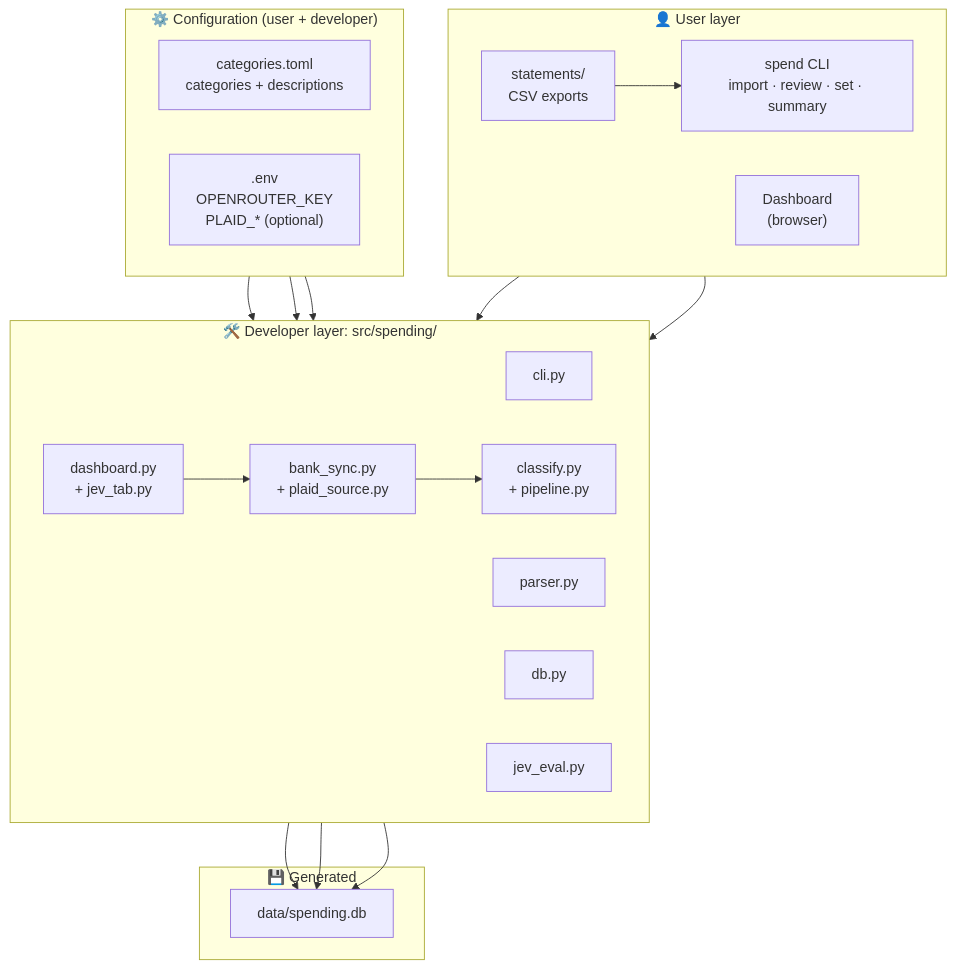
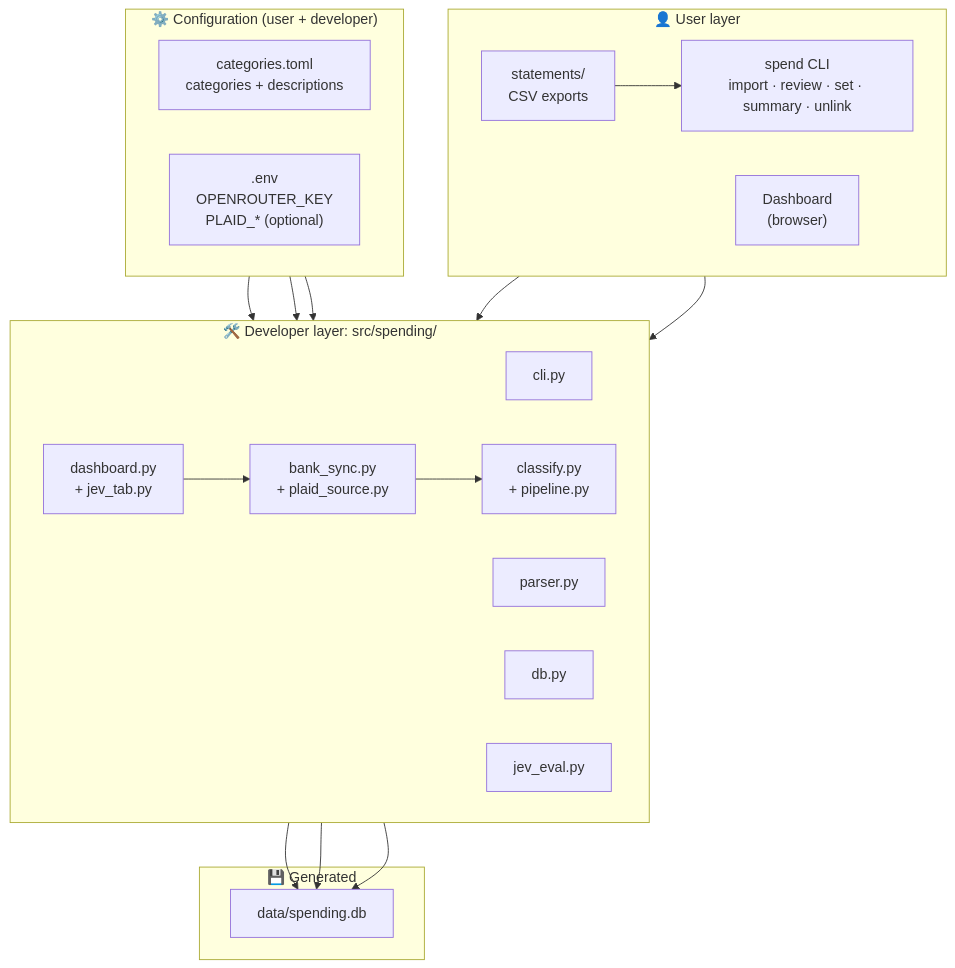
Before and after one commit to alessandrofelici/spending-tracker: the first of 6 diagrams in CONTRIBUTING.md, drawn with Mermaid. The commit also changed other lines of this file, not shown here.

First line of the commit message:
docs: bring CONTRIBUTING.md's file tree and diagrams up to date

````diff
--- a/CONTRIBUTING.md
+++ b/CONTRIBUTING.md
@@ -101,42 +81,42 @@
 ```mermaid
 flowchart TB
     subgraph USER["👤 User layer"]
         direction LR
         U1["statements/<br/>CSV exports"]
-        U2["spend CLI<br/>import · review · set · summary"]
+        U2["spend CLI<br/>import · review · set · summary · unlink"]
         U3["Dashboard<br/>(browser)"]
     end
 
     subgraph SHARED["⚙️ Configuration (user + developer)"]
         direction LR
         C1["categories.toml<br/>categories + descriptions"]
         C2[".env<br/>OPENROUTER_KEY<br/>PLAID_* (optional)"]
     end
 
     subgraph DEV["🛠️ Developer layer: src/spending/"]
         direction LR
         D1["cli.py"]
         D2["parser.py"]
         D3["classify.py<br/>+ pipeline.py"]
         D4["db.py"]
         D5["dashboard.py<br/>+ jev_tab.py"]
         D6["jev_eval.py"]
         D7["bank_sync.py<br/>+ plaid_source.py"]
     end
 
     subgraph STORE["💾 Generated"]
         S1["data/spending.db"]
     end
 
     U1 --> U2
     U2 --> D1
     U3 --> D5
     D5 --> D7
     C1 --> D3
     C2 --> D3
     C2 --> D7
     D7 --> D3
     D4 --> S1
     D5 --> S1
     D6 --> S1
 ```
````
